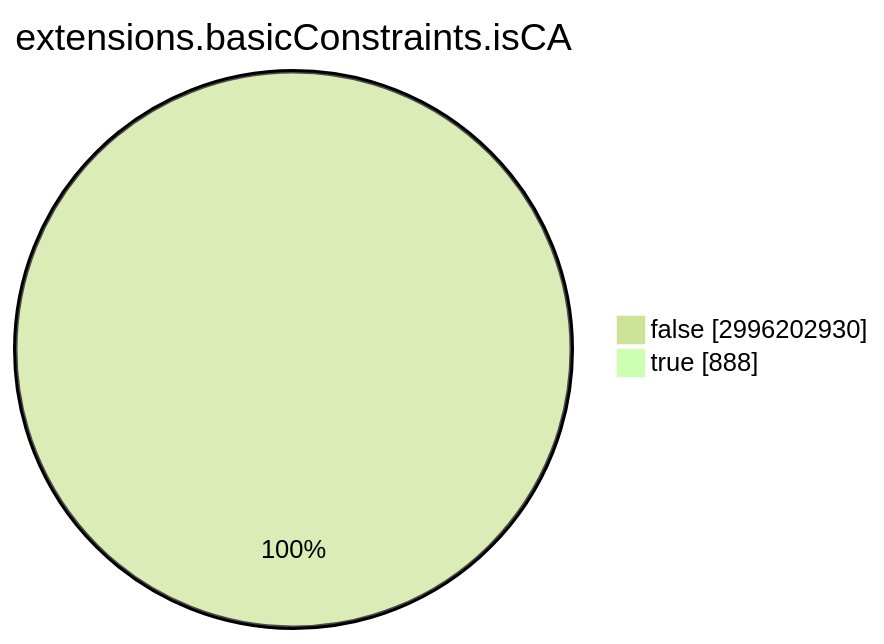
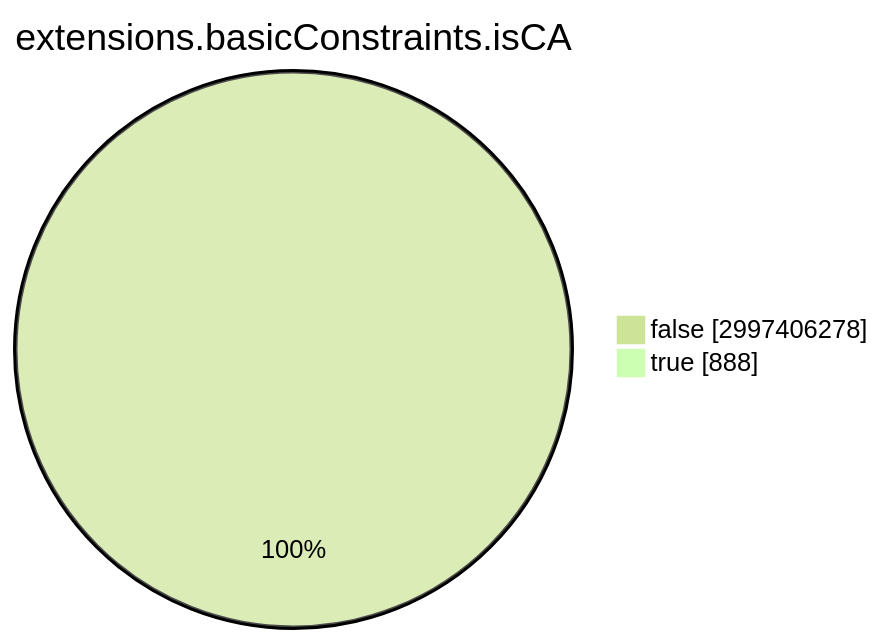
One commit to christiankrug/ctmonitor_visualization changed the seventh of 15 diagrams in TOTAL/README.md. Above: the diagram before and after it, drawn with Mermaid (forest theme). The commit also changed other lines of this file, not shown here.

````diff
--- a/TOTAL/README.md
+++ b/TOTAL/README.md
@@ -3076,6 +3076,6 @@
 ```mermaid
 pie showData
 title extensions.basicConstraints.isCA
-"false" :2996202930
+"false" :2997406278
 "true" :888
 ```
````
